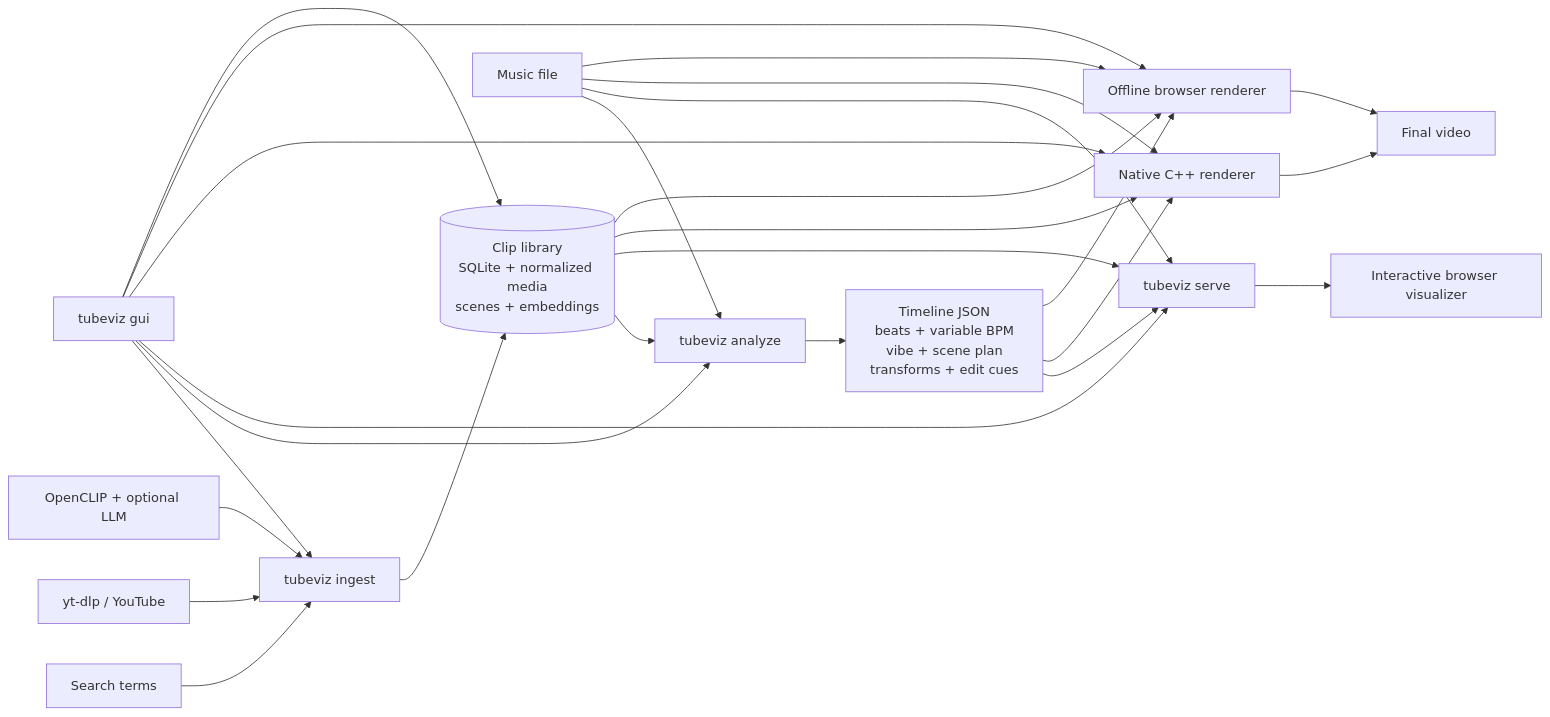
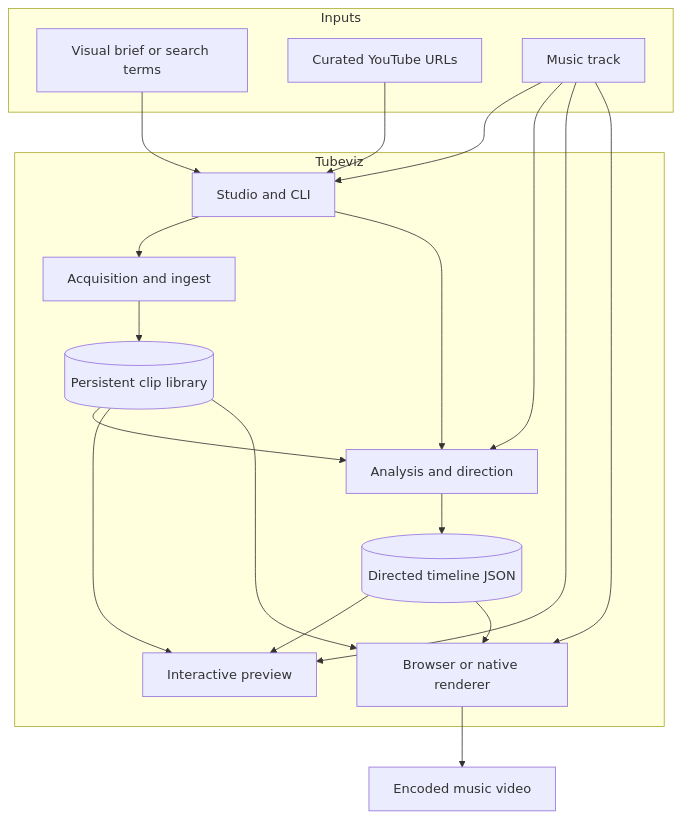
The first of 21 diagrams in README.md (interrupt21h/tubeviz), drawn with Mermaid before and after one commit. The commit also changed other lines of this file and 29 other files, not shown here.

````diff
--- a/README.md
+++ b/README.md
@@ -19,32 +46,35 @@
 ```mermaid
-flowchart LR
-    TERMS["Search terms"] --> INGEST["tubeviz ingest"]
-    YT["yt-dlp / YouTube"] --> INGEST
-    AI["OpenCLIP + optional LLM"] --> INGEST
-    INGEST --> LIB[("Clip library\nSQLite + normalized media\nscenes + embeddings")]
+flowchart TB
+    subgraph Inputs
+        BRIEF["Visual brief or search terms"]
+        URLS["Curated YouTube URLs"]
+        AUDIO["Music track"]
+    end
 
-    AUDIO["Music file"] --> ANALYZE["tubeviz analyze"]
-    LIB --> ANALYZE
-    ANALYZE --> TL["Timeline JSON\nbeats + variable BPM\nvibe + scene plan\ntransforms + edit cues"]
+    subgraph Tubeviz
+        STUDIO["Studio and CLI"]
+        INGEST["Acquisition and ingest"]
+        LIB[("Persistent clip library")]
+        PLAN["Analysis and direction"]
+        TL[("Directed timeline JSON")]
+        PREVIEW["Interactive preview"]
+        RENDER["Browser or native renderer"]
+    end
 
-    TL --> SERVE["tubeviz serve"]
-    LIB --> SERVE
-    AUDIO --> SERVE
-    SERVE --> LIVE["Interactive browser visualizer"]
-
-    TL --> NATIVE["Native C++ renderer"]
-    TL --> BROWSER["Offline browser renderer"]
-    LIB --> NATIVE
-    LIB --> BROWSER
-    AUDIO --> NATIVE
-    AUDIO --> BROWSER
-    NATIVE --> OUT["Final video"]
-    BROWSER --> OUT
-
-    GUI["tubeviz gui"] --> INGEST
-    GUI --> ANALYZE
-    GUI --> SERVE
-    GUI --> NATIVE
-    GUI --> BROWSER
-    GUI --> LIB
+    BRIEF --> STUDIO
+    URLS --> STUDIO
+    AUDIO --> STUDIO
+    STUDIO --> INGEST
+    INGEST --> LIB
+    STUDIO --> PLAN
+    AUDIO --> PLAN
+    LIB --> PLAN
+    PLAN --> TL
+    TL --> PREVIEW
+    TL --> RENDER
+    LIB --> PREVIEW
+    LIB --> RENDER
+    AUDIO --> PREVIEW
+    AUDIO --> RENDER
+    RENDER --> OUTPUT["Encoded music video"]
 ```
````
